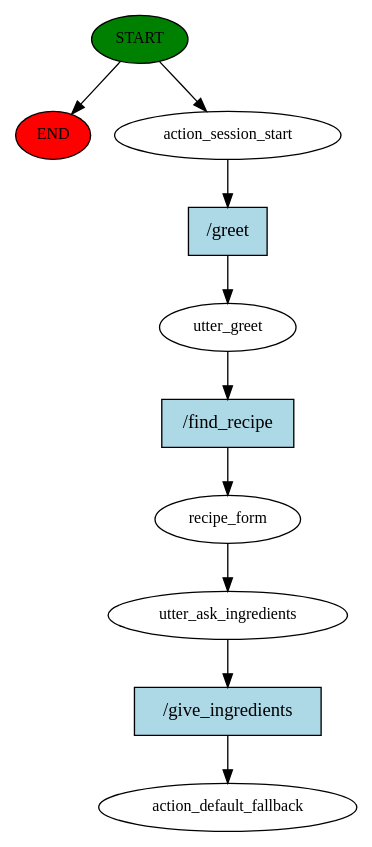
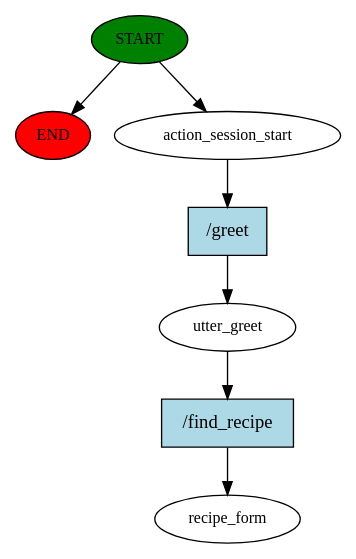
The diagram in chatbot/story_graph.dot (lauren-l/HCI-chatbot), drawn with Graphviz before and after one commit. The commit also changed 159 other files, not shown here.

```diff
--- a/chatbot/story_graph.dot
+++ b/chatbot/story_graph.dot
@@ -1,21 +1,15 @@
 digraph  {
 0 [class="start active", fillcolor=green, fontsize=12, label=START, style=filled];
 "-1" [class=end, fillcolor=red, fontsize=12, label=END, style=filled];
 1 [class=active, fontsize=12, label=action_session_start];
 2 [class=active, fontsize=12, label=utter_greet];
-3 [class=active, fontsize=12, label=recipe_form];
-4 [class=active, fontsize=12, label=utter_ask_ingredients];
-5 [class="dashed active", fontsize=12, label=action_default_fallback];
-6 [class="intent active", fillcolor=lightblue, label="/greet", shape=rect, style=filled];
-7 [class="intent active", fillcolor=lightblue, label="/find_recipe", shape=rect, style=filled];
-8 [class="intent active", fillcolor=lightblue, label="/give_ingredients", shape=rect, style=filled];
+3 [class="dashed active", fontsize=12, label=recipe_form];
+4 [class="intent active", fillcolor=lightblue, label="/greet", shape=rect, style=filled];
+5 [class="intent active", fillcolor=lightblue, label="/find_recipe", shape=rect, style=filled];
 0 -> "-1"  [class="", key=NONE, label=""];
 0 -> 1  [class=active, key=NONE, label=""];
-1 -> 6  [class=active, key=0];
-2 -> 7  [class=active, key=0];
-3 -> 4  [class=active, key=NONE, label=""];
-4 -> 8  [class=active, key=0];
-6 -> 2  [class=active, key=0];
-7 -> 3  [class=active, key=0];
-8 -> 5  [class=active, key=0];
+1 -> 4  [class=active, key=0];
+2 -> 5  [class=active, key=0];
+4 -> 2  [class=active, key=0];
+5 -> 3  [class=active, key=0];
 }
```
